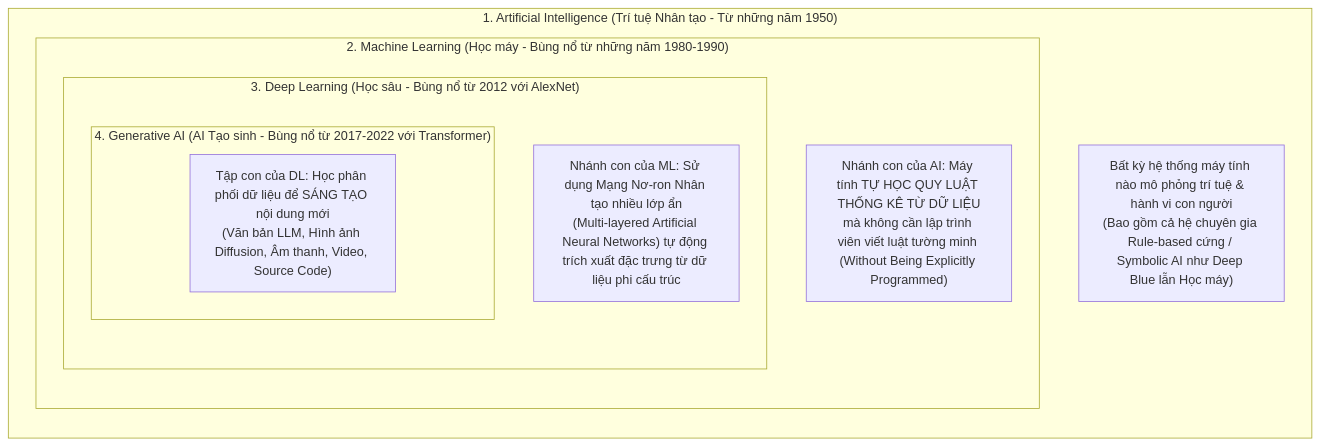
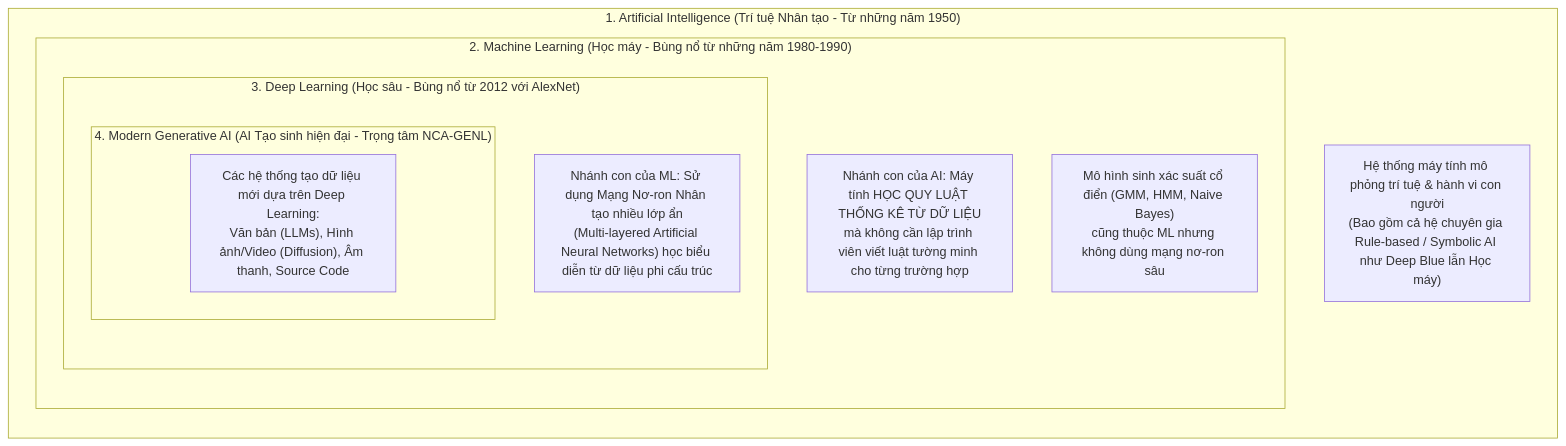
Before and after one commit to nxthanh2904/nca-genl: the first of 6 diagrams in Module_02_AIML_Fundamentals.md, drawn with Mermaid. The commit also changed other lines of this file and 14 other files, not shown here.

Commit message:
Update NCA-GENL study guide per repository review, add Module 11 & 50-question timed exam

````diff
--- a/Module_02_AIML_Fundamentals.md
+++ b/Module_02_AIML_Fundamentals.md
@@ -28,21 +28,22 @@
 ```mermaid
 flowchart TD
     subgraph AI["1. Artificial Intelligence (Trí tuệ Nhân tạo - Từ những năm 1950)"]
         direction TB
-        DescAI["Bất kỳ hệ thống máy tính nào mô phỏng trí tuệ & hành vi con người<br/>(Bao gồm cả hệ chuyên gia Rule-based cứng / Symbolic AI như Deep Blue lẫn Học máy)"]
+        DescAI["Hệ thống máy tính mô phỏng trí tuệ & hành vi con người<br/>(Bao gồm cả hệ chuyên gia Rule-based / Symbolic AI như Deep Blue lẫn Học máy)"]
         
         subgraph ML["2. Machine Learning (Học máy - Bùng nổ từ những năm 1980-1990)"]
             direction TB
-            DescML["Nhánh con của AI: Máy tính TỰ HỌC QUY LUẬT THỐNG KÊ TỪ DỮ LIỆU<br/>mà không cần lập trình viên viết luật tường minh (Without Being Explicitly Programmed)"]
+            DescML["Nhánh con của AI: Máy tính HỌC QUY LUẬT THỐNG KÊ TỪ DỮ LIỆU<br/>mà không cần lập trình viên viết luật tường minh cho từng trường hợp"]
+            TradGen["Mô hình sinh xác suất cổ điển (GMM, HMM, Naive Bayes)<br/>cũng thuộc ML nhưng không dùng mạng nơ-ron sâu"]
             
             subgraph DL["3. Deep Learning (Học sâu - Bùng nổ từ 2012 với AlexNet)"]
                 direction TB
-                DescDL["Nhánh con của ML: Sử dụng Mạng Nơ-ron Nhân tạo nhiều lớp ẩn<br/>(Multi-layered Artificial Neural Networks) tự động trích xuất đặc trưng từ dữ liệu phi cấu trúc"]
+                DescDL["Nhánh con của ML: Sử dụng Mạng Nơ-ron Nhân tạo nhiều lớp ẩn<br/>(Multi-layered Artificial Neural Networks) học biểu diễn từ dữ liệu phi cấu trúc"]
                 
-                subgraph GenAI["4. Generative AI (AI Tạo sinh - Bùng nổ từ 2017-2022 với Transformer)"]
-                    DescGen["Tập con của DL: Học phân phối dữ liệu để SÁNG TẠO nội dung mới<br/>(Văn bản LLM, Hình ảnh Diffusion, Âm thanh, Video, Source Code)"]
+                subgraph GenAI["4. Modern Generative AI (AI Tạo sinh hiện đại - Trọng tâm NCA-GENL)"]
+                    DescGen["Các hệ thống tạo dữ liệu mới dựa trên Deep Learning:<br/>Văn bản (LLMs), Hình ảnh/Video (Diffusion), Âm thanh, Source Code"]
                 end
             end
         end
     end
 ```
````
